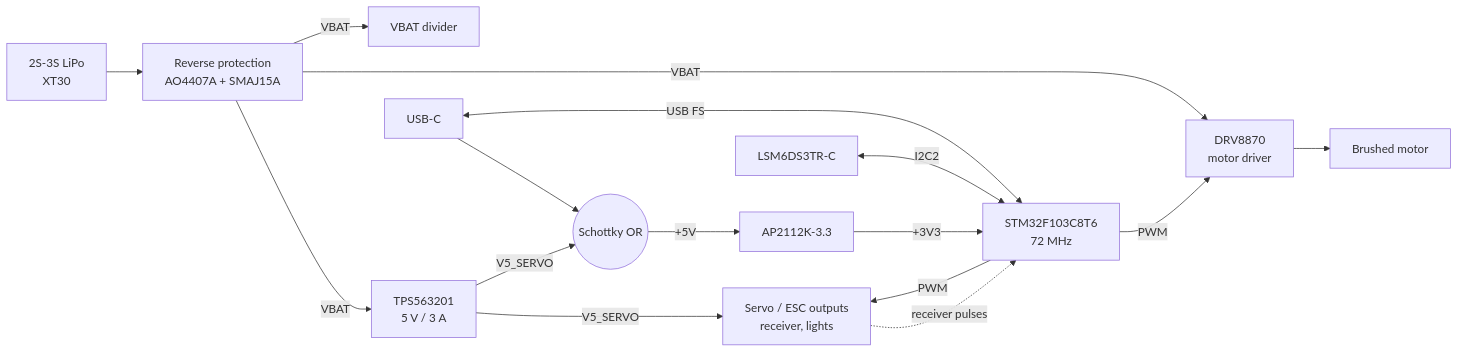
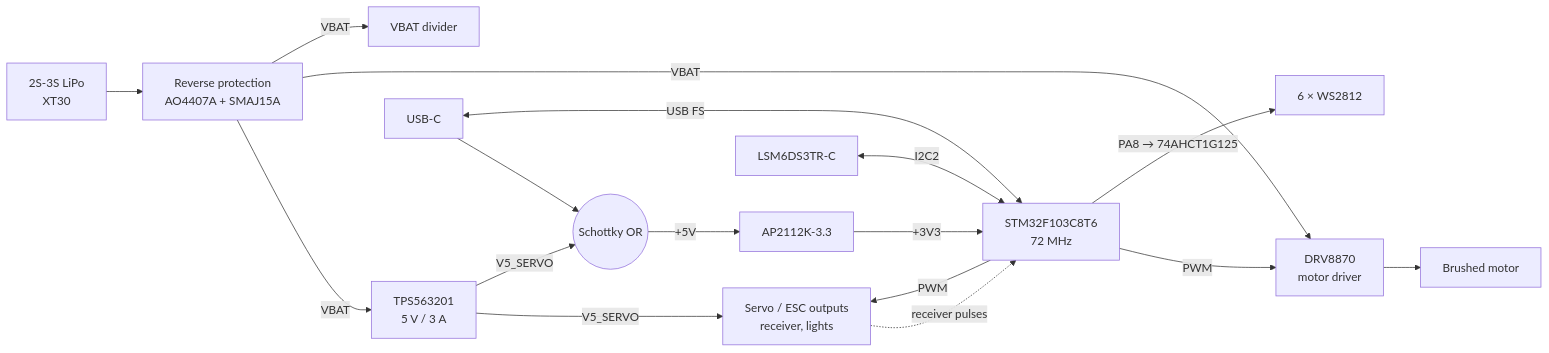
The diagram in webpage/docs/09_Project/01_Overview.md (CagriCatik/STM32-HW-Design-with-KiCAD), drawn with Mermaid before and after one commit. The commit also changed other lines of this file and 35 other files, not shown here.

````diff
--- a/webpage/docs/09_Project/01_Overview.md
+++ b/webpage/docs/09_Project/01_Overview.md
@@ -27,18 +28,19 @@
 ```mermaid
 flowchart LR
     BAT["2S-3S LiPo<br/>XT30"] --> REV["Reverse protection<br/>AO4407A + SMAJ15A"]
     REV -- VBAT --> BUCK["TPS563201<br/>5 V / 3 A"]
     REV -- VBAT --> DRV["DRV8870<br/>motor driver"]
     REV -- VBAT --> ADC["VBAT divider"]
     BUCK -- V5_SERVO --> SERVO["Servo / ESC outputs<br/>receiver, lights"]
     BUCK -- V5_SERVO --> OR(("Schottky OR"))
     USB["USB-C"] --> OR
     OR -- "+5V" --> LDO["AP2112K-3.3"]
     LDO -- "+3V3" --> MCU["STM32F103C8T6<br/>72 MHz"]
     MCU -- PWM --> DRV
     MCU -- PWM --> SERVO
     SERVO -. receiver pulses .-> MCU
     IMU["LSM6DS3TR-C"] <-- I2C2 --> MCU
+    MCU -- "PA8 → 74AHCT1G125" --> RGB["6 × WS2812"]
     USB <-- "USB FS" --> MCU
     DRV --> MOTOR["Brushed motor"]
 ```
````
